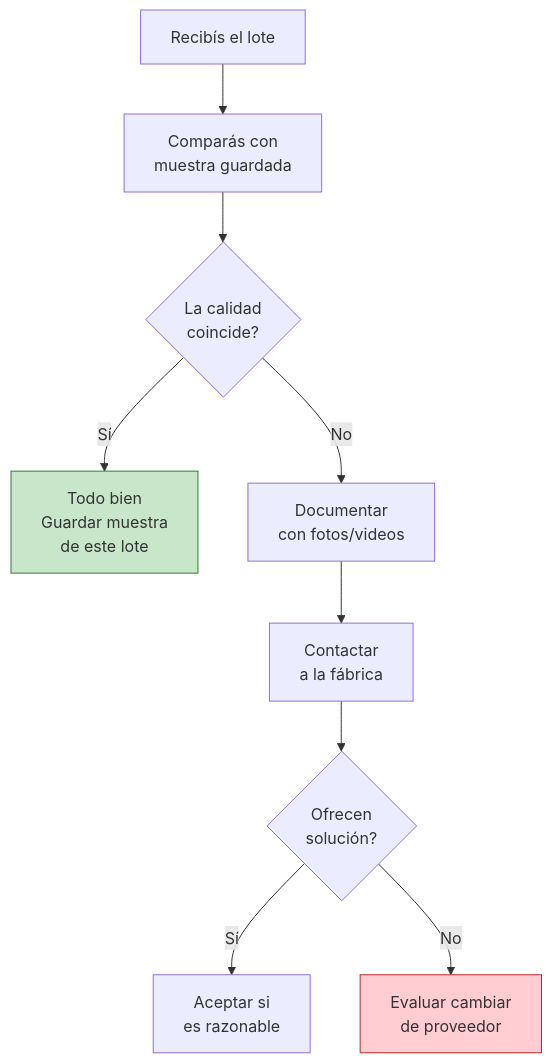
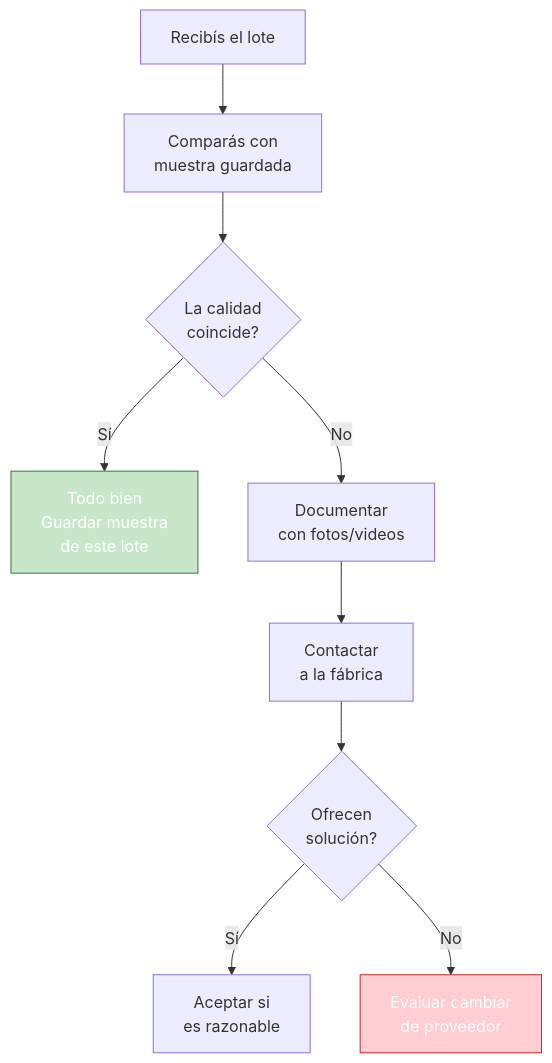
One commit to barrosignacioezequiel-coder/docs changed the diagram in app/paso1-argentina/evaluar-negociar/evaluar-calidad-producto.mdx. Above: the diagram before and after it, drawn with Mermaid. The commit also changed 66 other files, not shown here.

First line of the commit message:
fix: resolve Mermaid v11 numbered list errors + improve contrast

````diff
--- a/app/paso1-argentina/evaluar-negociar/evaluar-calidad-producto.mdx
+++ b/app/paso1-argentina/evaluar-negociar/evaluar-calidad-producto.mdx
@@ -142,14 +142,14 @@
 ```mermaid
 graph TD
     A["Recibís el lote"] --> B["Comparás con<br/>muestra guardada"]
     B --> C{"La calidad<br/>coincide?"}
     C -- Sí --> D["Todo bien<br/>Guardar muestra<br/>de este lote"]
     C -- No --> E["Documentar<br/>con fotos/videos"]
     E --> F["Contactar<br/>a la fábrica"]
     F --> G{"Ofrecen<br/>solución?"}
     G -- Sí --> H["Aceptar si<br/>es razonable"]
     G -- No --> I["Evaluar cambiar<br/>de proveedor"]
 
-    style D fill:#c8e6c9,stroke:#2e7d32
-    style I fill:#ffcdd2,stroke:#c62828
+    style D fill:#c8e6c9,stroke:#2e7d32,color:#fff
+    style I fill:#ffcdd2,stroke:#c62828,color:#fff
 ```
````
